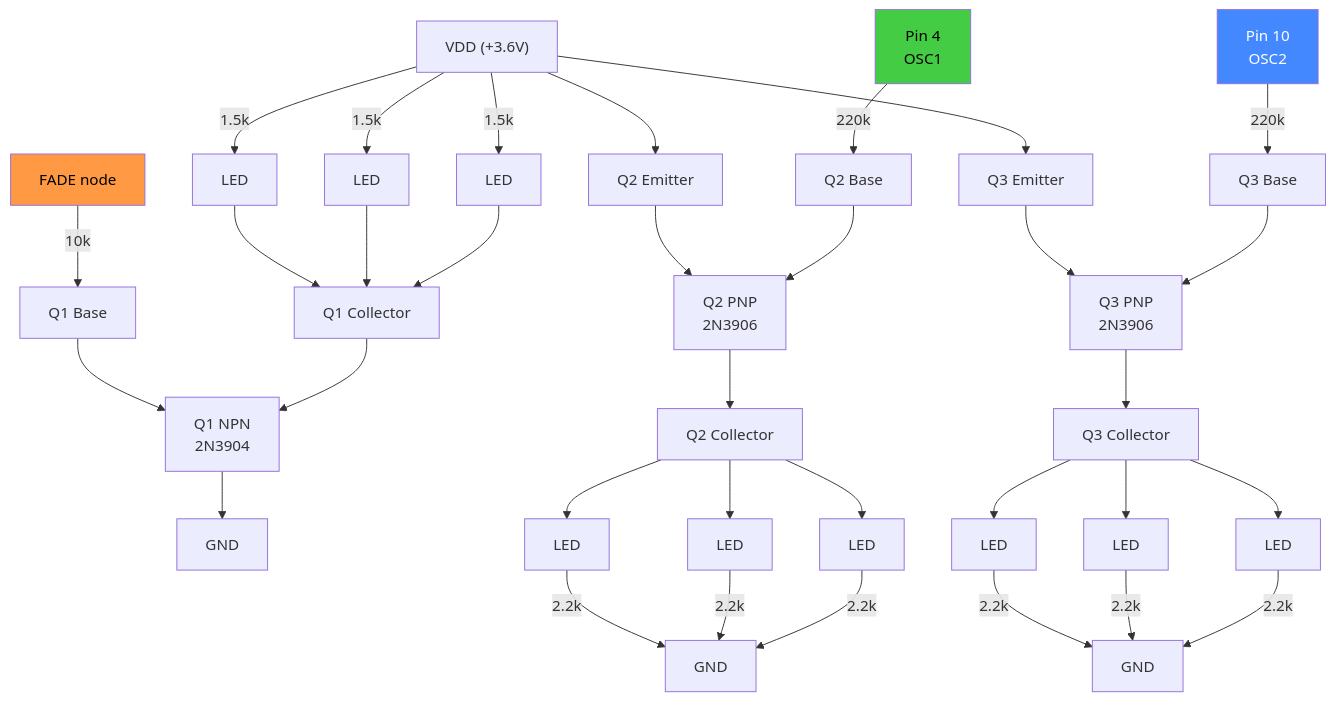
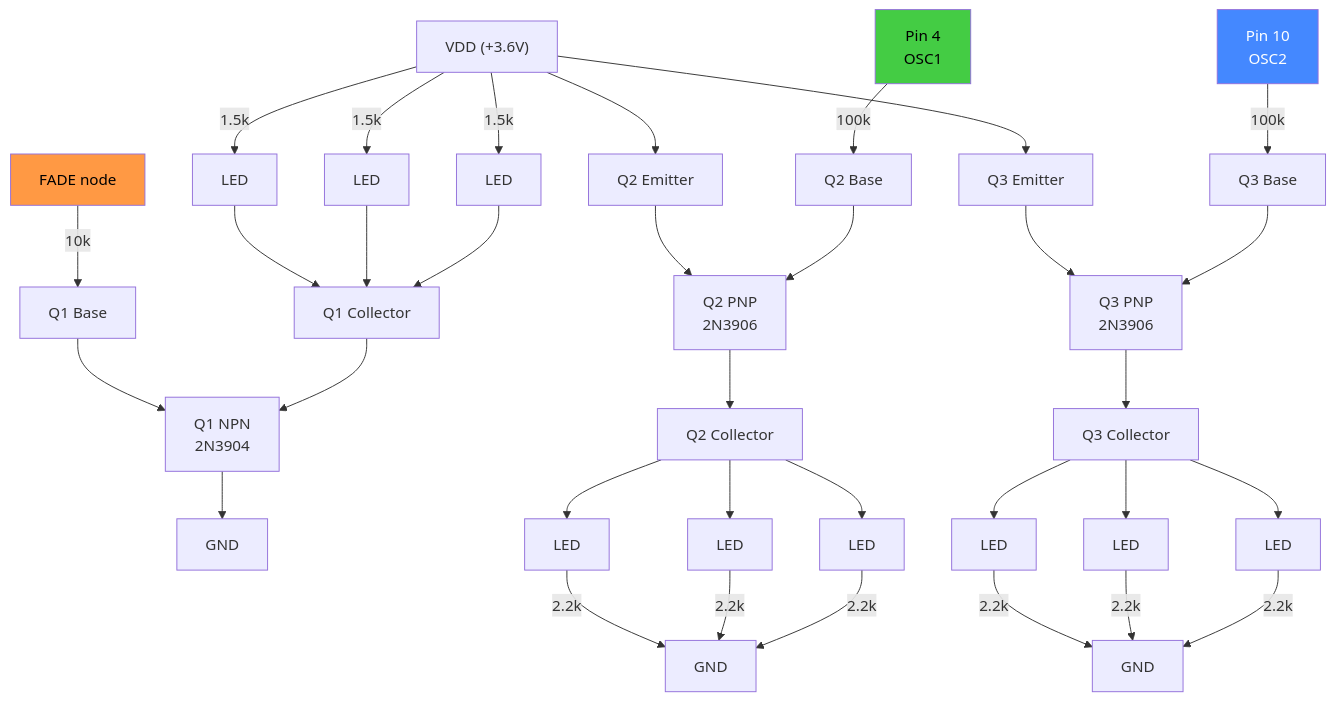
One commit to dirq/DiamondMineShimmerCircuit changed the sixth of 6 diagrams in schematic.md. Above: the diagram before and after it, drawn with Mermaid. The commit also changed other lines of this file and 9 other files, not shown here.

````diff
--- a/schematic.md
+++ b/schematic.md
@@ -247,34 +247,34 @@
 ```mermaid
 graph TD
     VDD["VDD (+3.6V)"]
 
     VDD -->|"1.5k"| SL1["LED"] --> Q1C["Q1 Collector"]
     VDD -->|"1.5k"| SL2["LED"] --> Q1C
     VDD -->|"1.5k"| SL3["LED"] --> Q1C
     FADE["FADE node"] -->|"10k"| Q1B["Q1 Base"]
     Q1B --> Q1["Q1 NPN<br/>2N3904"]
     Q1C --> Q1
     Q1 --> GND1["GND"]
 
     VDD --> Q2E["Q2 Emitter"]
     Q2E --> Q2["Q2 PNP<br/>2N3906"]
-    OSC1["Pin 4<br/>OSC1"] -->|"220k"| Q2B["Q2 Base"]
+    OSC1["Pin 4<br/>OSC1"] -->|"100k"| Q2B["Q2 Base"]
     Q2B --> Q2
     Q2 --> Q2C["Q2 Collector"]
     Q2C --> TL1["LED"] -->|"2.2k"| GND2["GND"]
     Q2C --> TL2["LED"] -->|"2.2k"| GND2
     Q2C --> TL3["LED"] -->|"2.2k"| GND2
 
     VDD --> Q3E["Q3 Emitter"]
     Q3E --> Q3["Q3 PNP<br/>2N3906"]
-    OSC2["Pin 10<br/>OSC2"] -->|"220k"| Q3B["Q3 Base"]
+    OSC2["Pin 10<br/>OSC2"] -->|"100k"| Q3B["Q3 Base"]
     Q3B --> Q3
     Q3 --> Q3C["Q3 Collector"]
     Q3C --> TL4["LED"] -->|"2.2k"| GND3["GND"]
     Q3C --> TL5["LED"] -->|"2.2k"| GND3
     Q3C --> TL6["LED"] -->|"2.2k"| GND3
 
     style FADE fill:#ff9944,color:#000
     style OSC1 fill:#44cc44,color:#000
     style OSC2 fill:#4488ff,color:#fff
 ```
````
